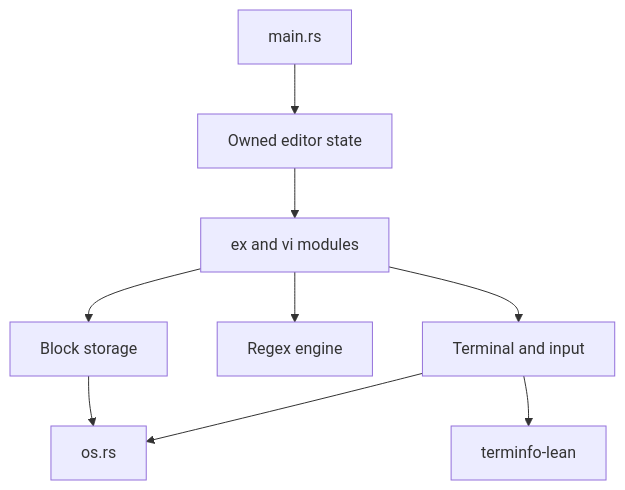
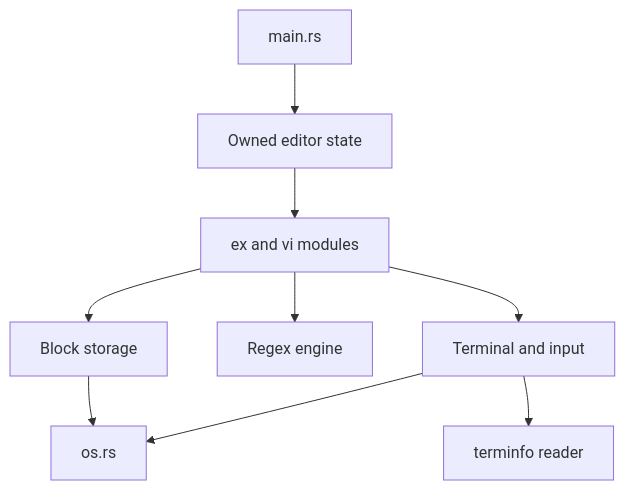
One commit to miquels/elvis-tiny-rs changed the diagram in IMPLEMENTATION.md. Above: the diagram before and after it, drawn with Mermaid. The commit also changed other lines of this file and 4 other files, not shown here.

Commit message:
drop terminfo-lean dependency

````diff
--- a/IMPLEMENTATION.md
+++ b/IMPLEMENTATION.md
@@ -598,11 +598,11 @@
 ```mermaid
 flowchart TD
     Main[main.rs] --> Editor[Owned editor state]
     Editor --> Commands[ex and vi modules]
     Commands --> Store[Block storage]
     Commands --> Regex[Regex engine]
     Commands --> Screen[Terminal and input]
     Store --> OS[os.rs]
     Screen --> OS
-    Screen --> Caps[terminfo-lean]
+    Screen --> Caps[terminfo reader]
 ```
````
